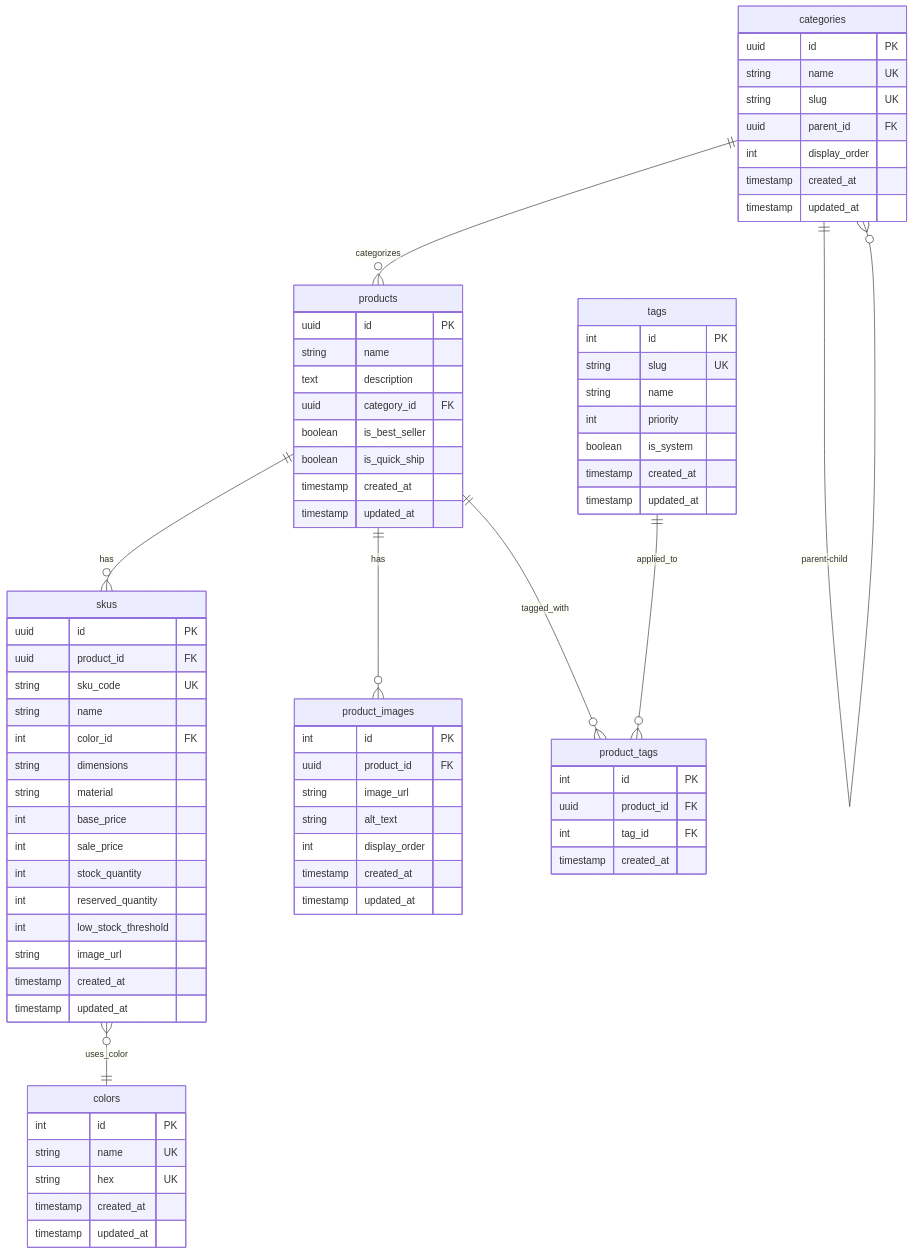
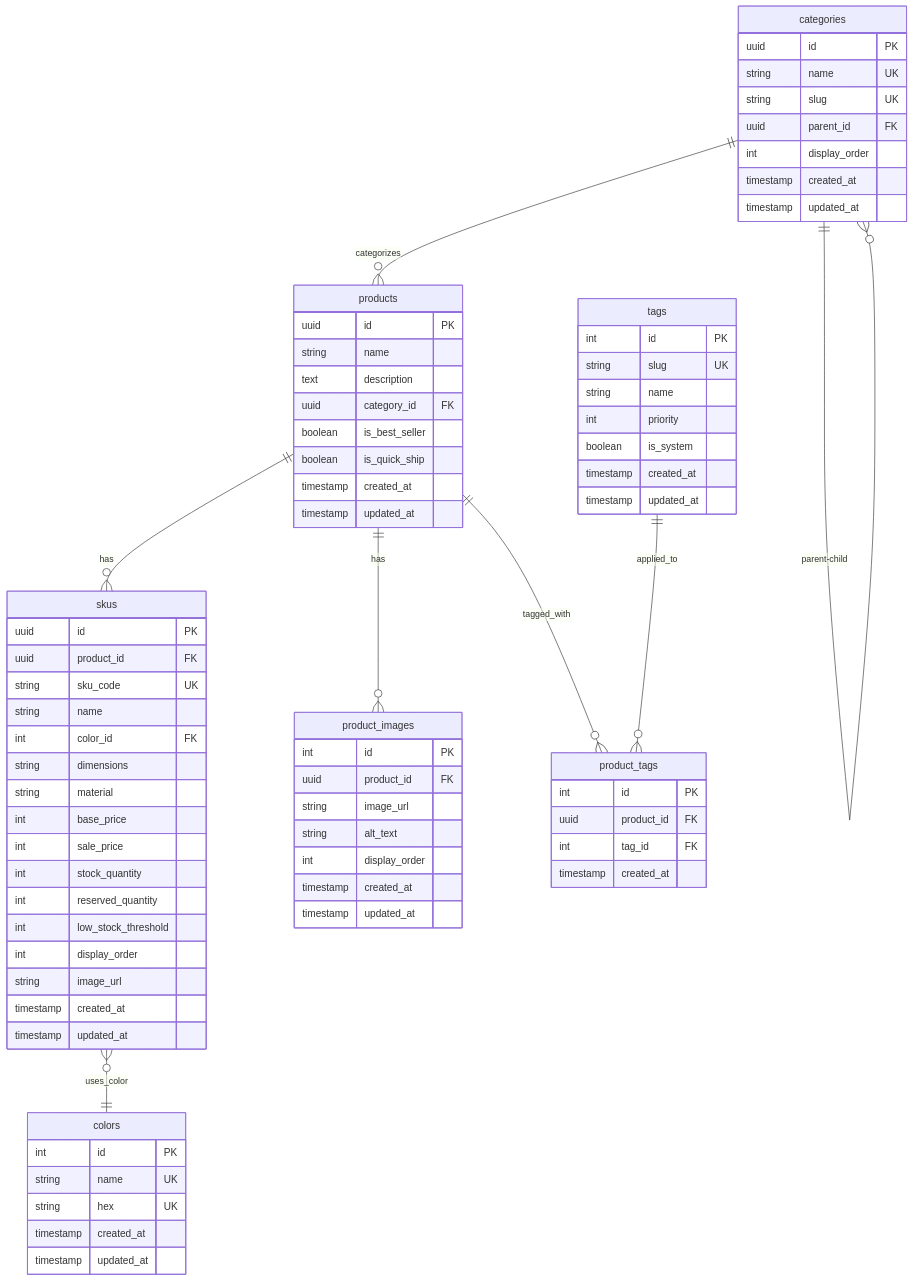
The diagram in app/backend/docs/database-schema.md (thundermiracle/ec-rust-ts), drawn with Mermaid before and after one commit. The commit also changed other lines of this file and 6 other files, not shown here.

Commit message:
feat: add display_order to skus table

```diff
--- a/app/backend/docs/database-schema.md
+++ b/app/backend/docs/database-schema.md
@@ -63,6 +63,7 @@
         int stock_quantity
         int reserved_quantity
         int low_stock_threshold
+        int display_order
         string image_url
         timestamp created_at
         timestamp updated_at
```
